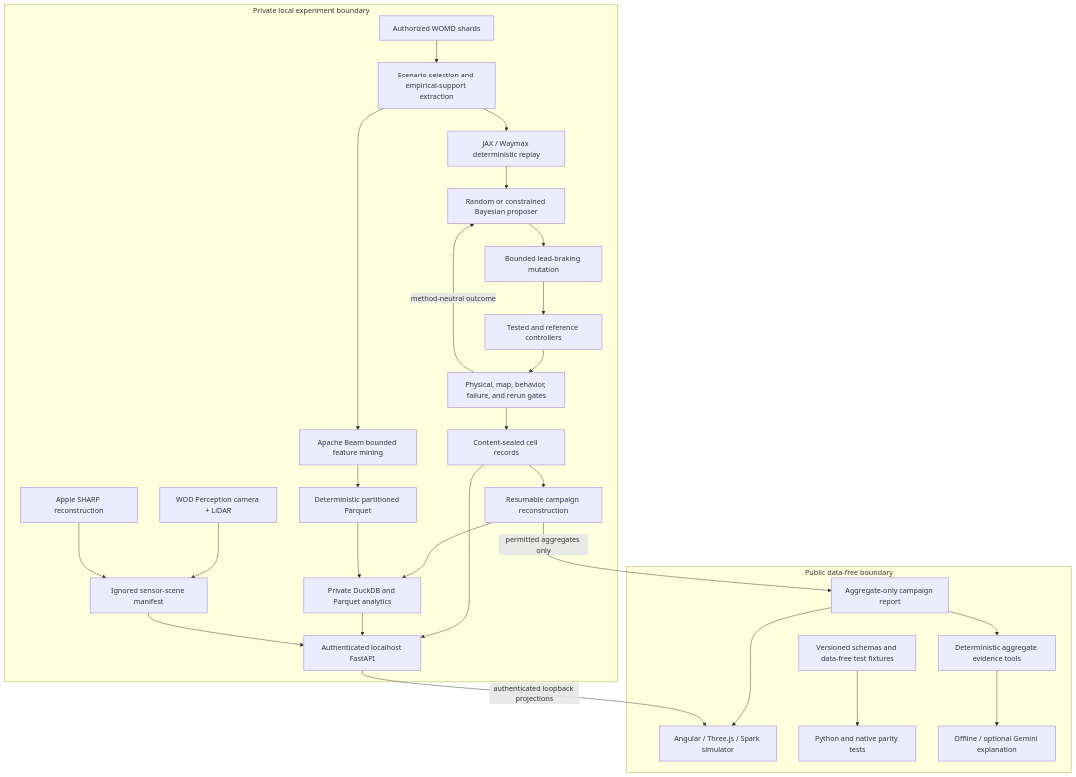
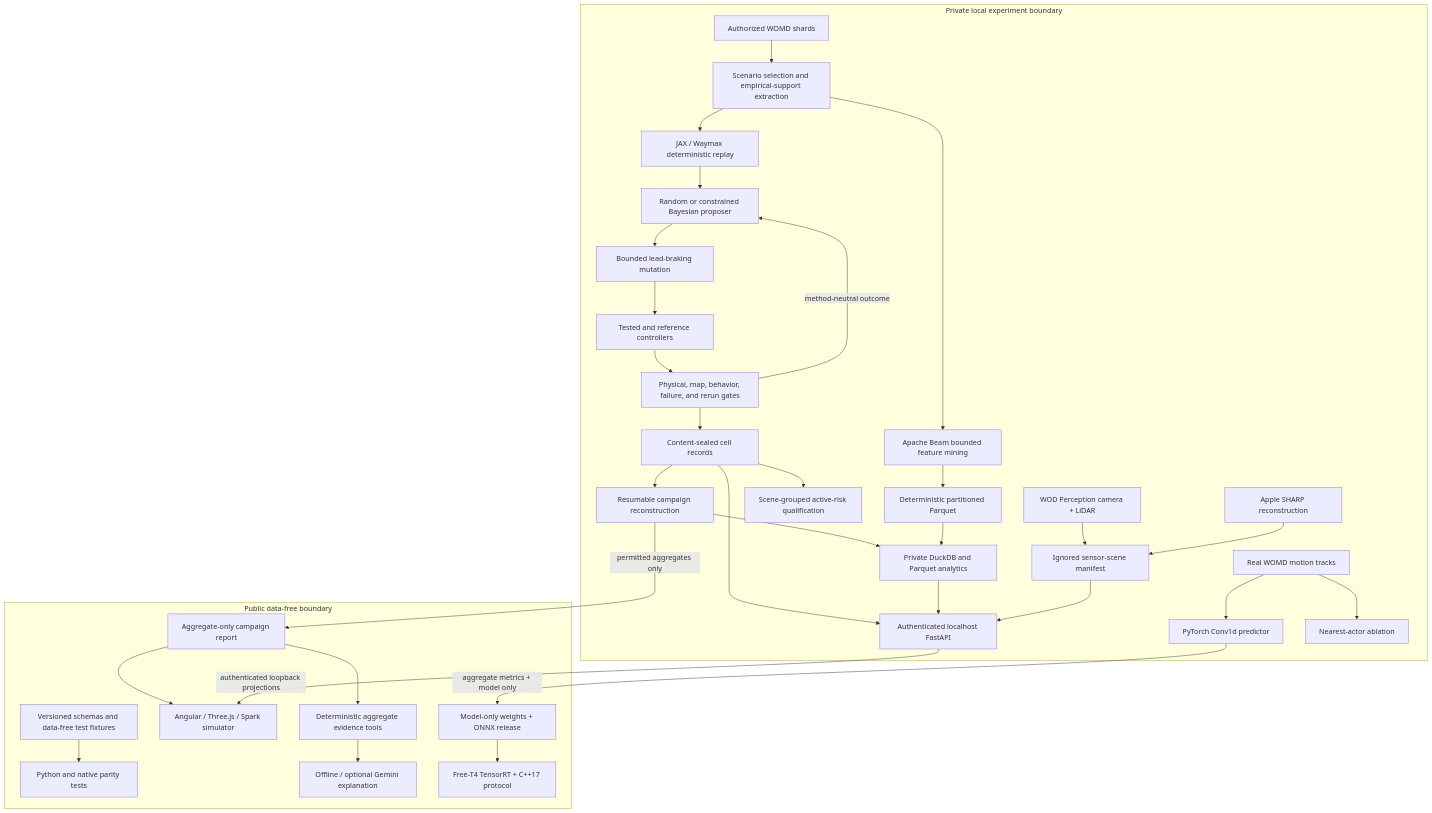
The diagram in docs/architecture.md (ethanvillalovoz/planmargin), drawn with Mermaid before and after one commit. The commit also changed other lines of this file and 47 other files, not shown here.

````diff
--- a/docs/architecture.md
+++ b/docs/architecture.md
@@ -11,39 +11,46 @@
 ```mermaid
 flowchart TB
     subgraph P["Private local experiment boundary"]
         A["Authorized WOMD shards"] --> B["Scenario selection and empirical-support extraction"]
         B --> C["JAX / Waymax deterministic replay"]
         B --> Q["Apache Beam bounded feature mining"]
         C --> G["Random or constrained Bayesian proposer"]
         G --> D["Bounded lead-braking mutation"]
         D --> E["Tested and reference controllers"]
         E --> F["Physical, map, behavior, failure, and rerun gates"]
         F -->|"method-neutral outcome"| G
         F --> H["Content-sealed cell records"]
         H --> I["Resumable campaign reconstruction"]
         I --> J["Private DuckDB and Parquet analytics"]
         Q --> R["Deterministic partitioned Parquet"]
         R --> J
         H --> O["Authenticated localhost FastAPI"]
+        H --> AR["Scene-grouped active-risk qualification"]
+        Y["Real WOMD motion tracks"] --> PT["PyTorch Conv1d predictor"]
+        Y --> IA["Nearest-actor ablation"]
         J --> O
         V["WOD Perception camera + LiDAR"] --> W["Ignored sensor-scene manifest"]
         X["Apple SHARP reconstruction"] --> W
         W --> O
     end
 
     subgraph U["Public data-free boundary"]
         K["Versioned schemas and data-free test fixtures"]
         L["Aggregate-only campaign report"]
         M["Angular / Three.js / Spark simulator"]
         N["Python and native parity tests"]
         S["Deterministic aggregate evidence tools"]
         T["Offline / optional Gemini explanation"]
+        ONNX["Model-only weights + ONNX release"]
+        TRT["Free-T4 TensorRT + C++17 protocol"]
         L --> M
         K --> N
         L --> S
         S --> T
+        PT -->|"aggregate metrics + model only"| ONNX
+        ONNX --> TRT
     end
 
     I -->|"permitted aggregates only"| L
     O -->|"authenticated loopback projections"| M
 ```
````
